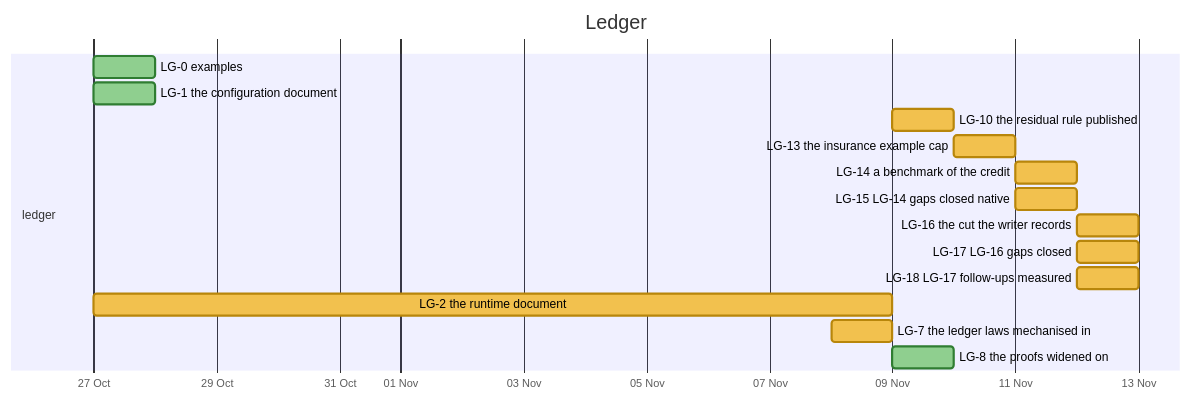
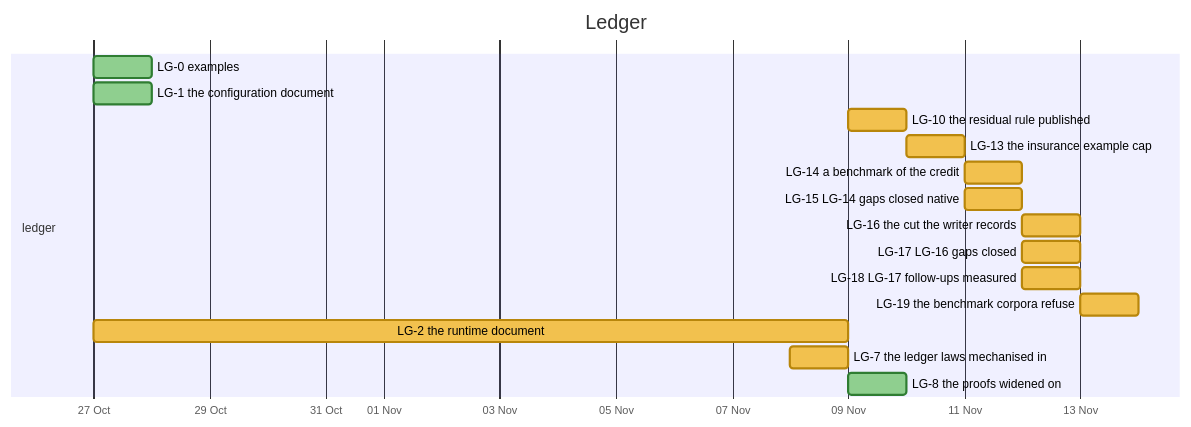
The tenth of 31 diagrams in docs/developer/ROADMAP.md (nebularis/lattice), drawn with Mermaid before and after one commit. The commit also changed other lines of this file and 5 other files, not shown here.

````diff
--- a/docs/developer/ROADMAP.md
+++ b/docs/developer/ROADMAP.md
@@ -334,20 +334,21 @@
 ```mermaid
 %%{init: {"themeVariables": {"taskBkgColor": "#f2c14e", "taskBorderColor": "#b8860b", "taskTextColor": "#000000", "activeTaskBkgColor": "#4e9af1", "activeTaskBorderColor": "#1f5fbf", "activeTaskBorderColor": "#1f5fbf", "doneTaskBkgColor": "#8fcf8f", "doneTaskBorderColor": "#2f7d32", "critBkgColor": "#f28b82", "critBorderColor": "#b23a30", "taskTextDarkColor": "#000000", "taskTextLightColor": "#000000"}}}%%
 gantt
     title Ledger
     dateFormat YYYY-MM-DD
     axisFormat %d %b
     section ledger
     LG-0 examples :done, lg0, 2026-10-27, 2026-10-28
     LG-1 the configuration document :done, lg1, 2026-10-27, 2026-10-28
     LG-10 the residual rule published :lg10, 2026-11-09, 2026-11-10
     LG-13 the insurance example cap :lg13, 2026-11-10, 2026-11-11
     LG-14 a benchmark of the credit :lg14, 2026-11-11, 2026-11-12
     LG-15 LG-14 gaps closed native :lg15, 2026-11-11, 2026-11-12
     LG-16 the cut the writer records :lg16, 2026-11-12, 2026-11-13
     LG-17 LG-16 gaps closed :lg17, 2026-11-12, 2026-11-13
     LG-18 LG-17 follow-ups measured :lg18, 2026-11-12, 2026-11-13
+    LG-19 the benchmark corpora refuse :lg19, 2026-11-13, 2026-11-14
     LG-2 the runtime document :lg2, 2026-10-27, 2026-11-09
     LG-7 the ledger laws mechanised in :lg7, 2026-11-08, 2026-11-09
     LG-8 the proofs widened on :done, lg8, 2026-11-09, 2026-11-10
 ```
````
